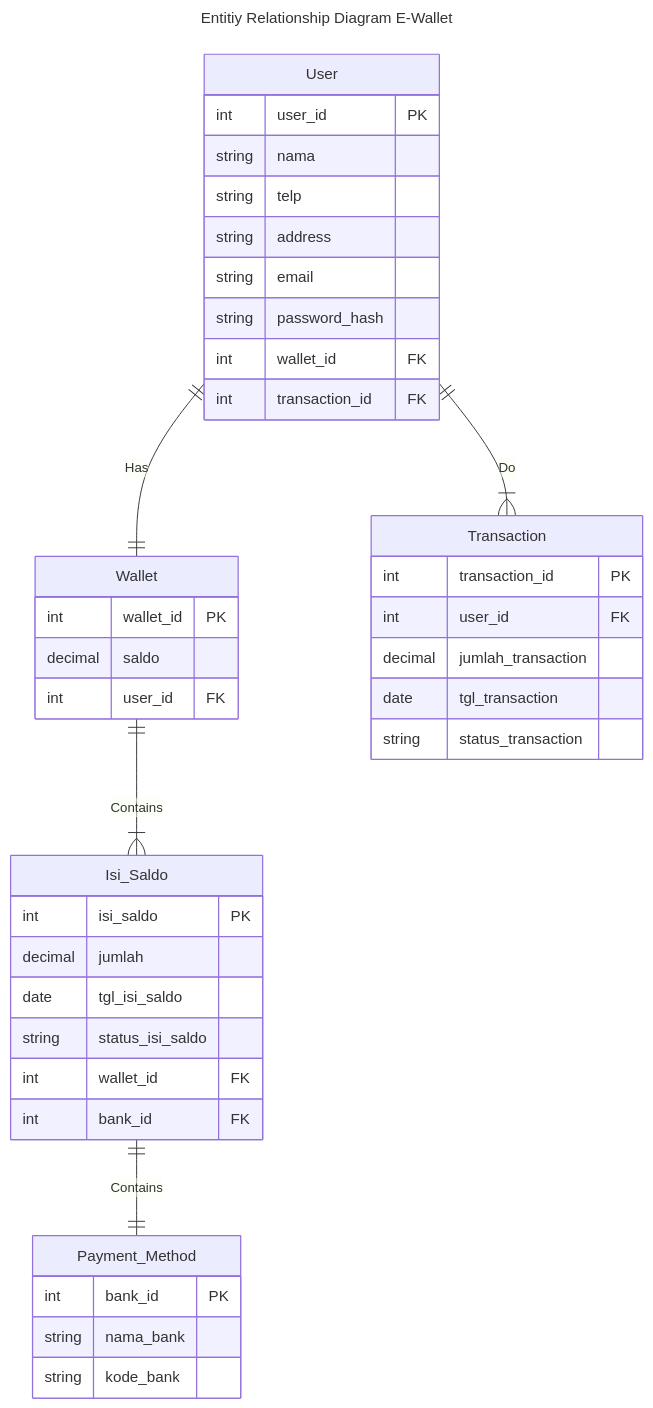
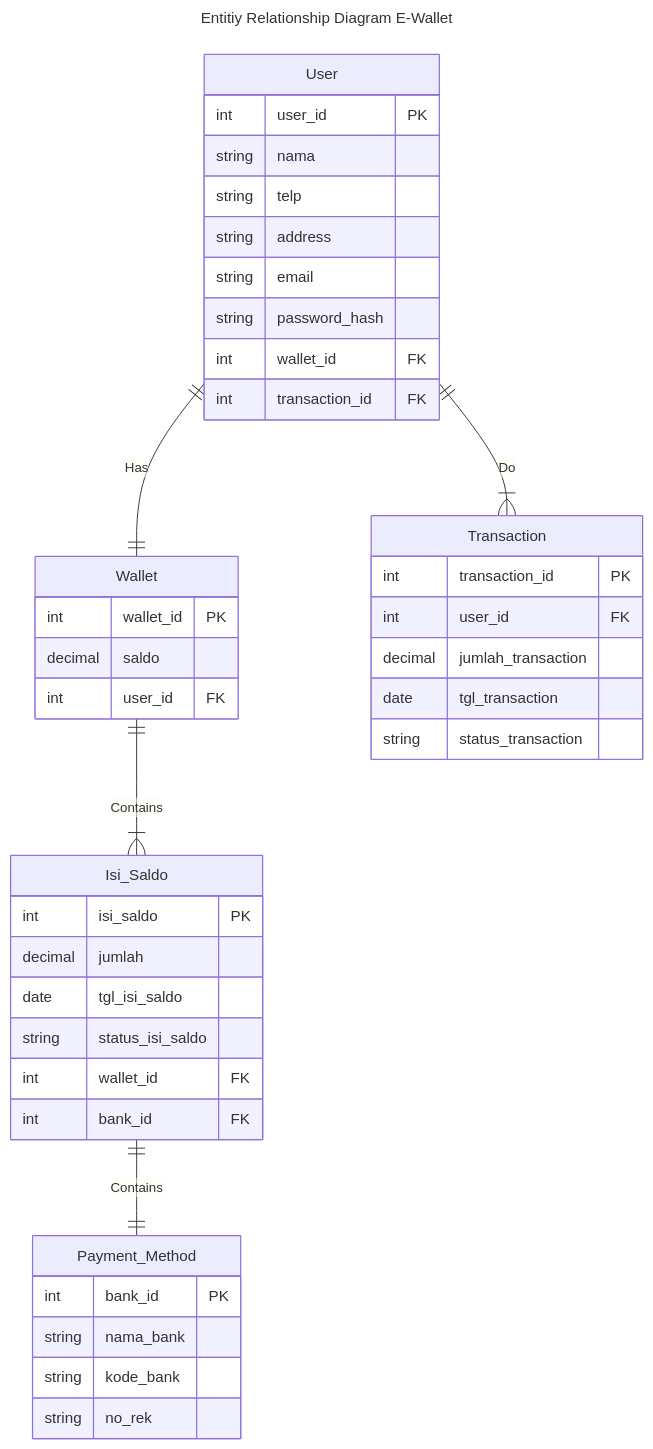
The diagram in koda-b1-db2-ewallet_erd.md (rifrifai/koda-b1-db2), drawn with Mermaid before and after one commit.

Commit message:
add no rek at payment_method table

````diff
--- a/koda-b1-db2-ewallet_erd.md
+++ b/koda-b1-db2-ewallet_erd.md
@@ -1,52 +1,53 @@
 ```mermaid
 ---
 title: Entitiy Relationship Diagram E-Wallet
 ---
 erDiagram
 
 User ||--|| Wallet: Has
 User ||--}| Transaction: Do
 Wallet ||--}| Isi_Saldo: Contains
 Isi_Saldo ||--|| Payment_Method: Contains
 
 User {
 	int user_id PK
 	string nama
 	string telp
 	string address
 	string email
 	string password_hash
 	int wallet_id FK
 	int transaction_id FK
 }
 
 Wallet {
 	int wallet_id PK
 	decimal saldo
 	int user_id FK
 }
 
 Payment_Method {
 	int bank_id PK
 	string nama_bank
 	string kode_bank
+	string no_rek
 }
 
 Isi_Saldo {
 	int isi_saldo PK
 	decimal jumlah
 	date tgl_isi_saldo
 	string status_isi_saldo
 	int wallet_id FK
 	int bank_id FK
 }
 
 Transaction {
 	int transaction_id PK
 	int user_id FK
 	decimal jumlah_transaction
 	date tgl_transaction
 	string status_transaction
 }
 
 ```
````
